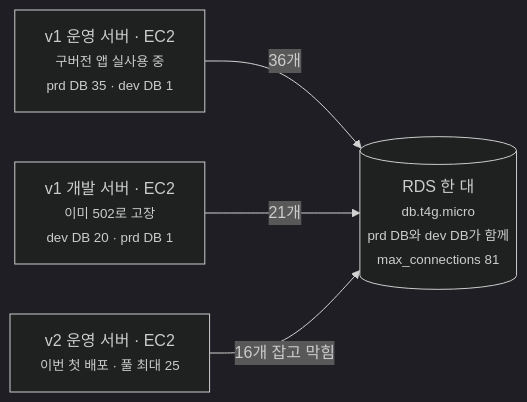
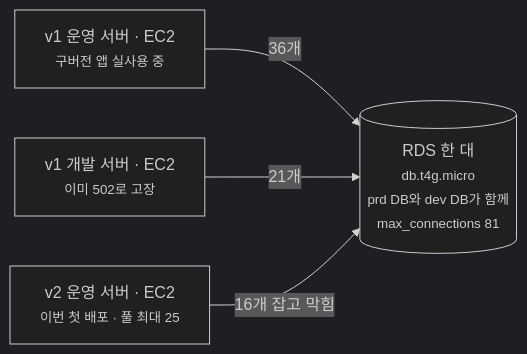
One commit to oownahcohc/oownahcohc.github.io changed the first of 4 diagrams in src/content/blog/pool-size-and-alert-threshold.md. Above: the diagram before and after it, drawn with Mermaid (dark theme). The commit also changed other lines of this file, not shown here.

````diff
--- a/src/content/blog/pool-size-and-alert-threshold.md
+++ b/src/content/blog/pool-size-and-alert-threshold.md
@@ -55,10 +55,10 @@
 ```mermaid
 flowchart LR
-    V1P["v1 운영 서버 · EC2<br/><small>구버전 앱 실사용 중<br/>prd DB 35 · dev DB 1</small>"]
-    V1D["v1 개발 서버 · EC2<br/><small>이미 502로 고장<br/>dev DB 20 · prd DB 1</small>"]
+    V1P["v1 운영 서버 · EC2<br/><small>구버전 앱 실사용 중</small>"]
+    V1D["v1 개발 서버 · EC2<br/><small>이미 502로 고장</small>"]
     V2P["v2 운영 서버 · EC2<br/><small>이번 첫 배포 · 풀 최대 25</small>"]
     DB[("RDS 한 대<br/><small>db.t4g.micro<br/>prd DB와 dev DB가 함께<br/>max_connections 81</small>")]
     V1P -->|"36개"| DB
     V1D -->|"21개"| DB
     V2P -->|"16개 잡고 막힘"| DB
 ```
````
